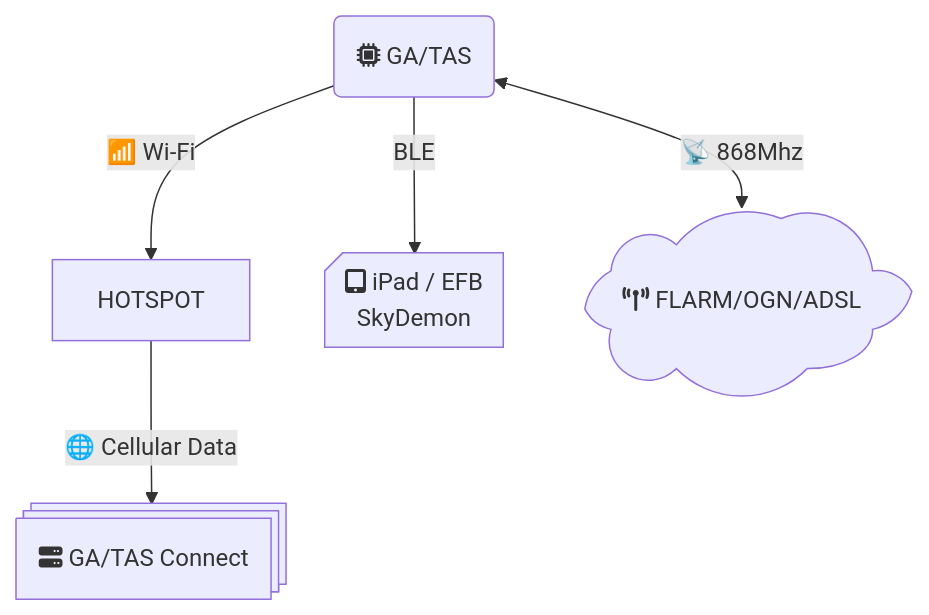
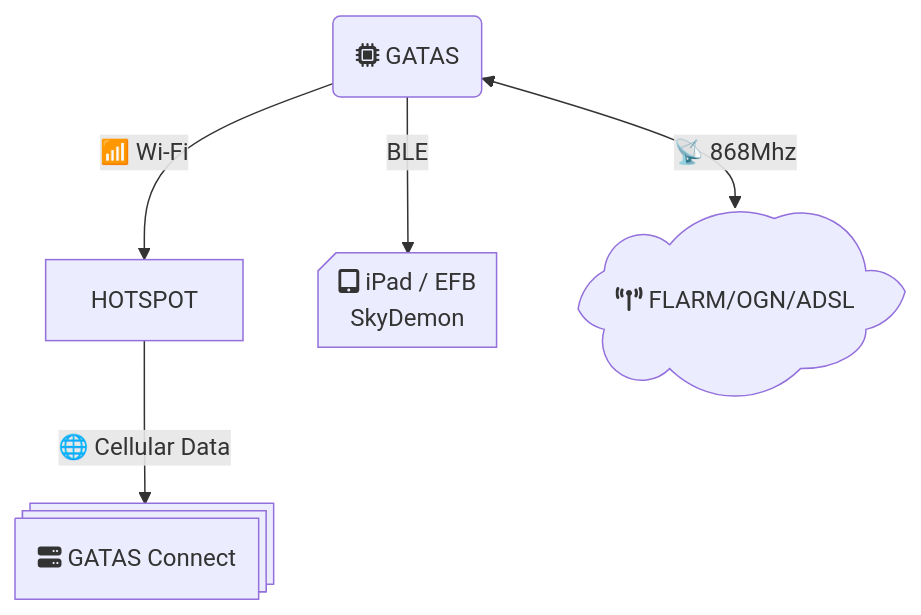
One commit to gatasConspicuity/gatasDoc changed the first of 5 diagrams in docs/First-Time-Setup.md. Above: the diagram before and after it, drawn with Mermaid. The commit also changed other lines of this file and 98 other files, not shown here.

````diff
--- a/docs/First-Time-Setup.md
+++ b/docs/First-Time-Setup.md
@@ -11,20 +11,20 @@
 ```mermaid
 flowchart TB
     GATAS -->|📶 Wi-Fi| HOTSPOT
     HOTSPOT -->|🌐 Cellular Data| GatasConnect
 
     GATAS --> |BLE| IPAD
     GATAS <--> |📡 868Mhz| Radio[fa:fa-tower-broadcast FLARM/OGN/ADSL ]
 
 
-    GatasConnect[fa:fa-server GA/TAS Connect]
+    GatasConnect[fa:fa-server GATAS Connect]
     GatasConnect@{ shape: procs }
 
-    GATAS[fa:fa-microchip GA/TAS]
+    GATAS[fa:fa-microchip GATAS]
     GATAS@{ shape: rounded}
 
     Radio[fa:fa-tower-broadcast FLARM/OGN/ADSL]
     Radio@{ shape: cloud }
     IPAD[fa:fa-tablet-screen-button iPad / EFB<br />SkyDemon ]
     IPAD@{ shape: card }
 ```
````
